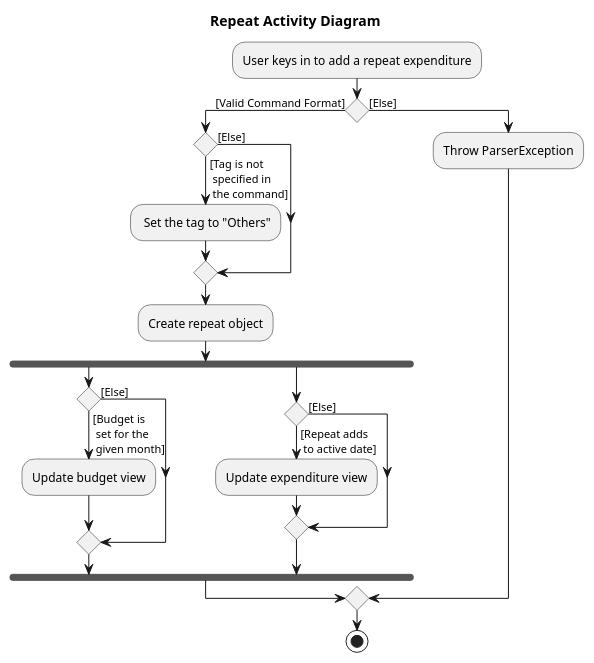
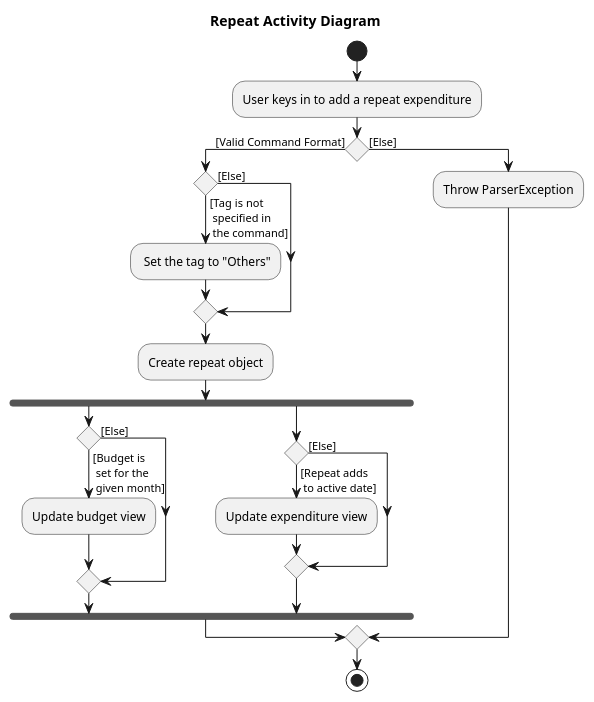
Before and after one commit to zwasd/main: the diagram in docs/diagrams/repeatActivityDiagram.puml, drawn with PlantUML. The commit also changed 7 other files, not shown here.

Commit message:
Change all diagram to uml

```diff
--- a/docs/diagrams/repeatActivityDiagram.puml
+++ b/docs/diagrams/repeatActivityDiagram.puml
@@ -1,26 +1,26 @@
 @startuml
 title Repeat Activity Diagram
-
+start
 :User keys in to add a repeat expenditure;
 if () then ([Valid Command Format])
     if () then ([Tag is not\n specified in\n the command]\n)
         : Set the tag to "Others";
     else ([Else])
     endif
     :Create repeat object;
         fork
         if () then ([Budget is\n set for the\n given month]\n)
             :Update budget view;
         else ([Else])
         endif
         fork again
         if () then ([Repeat adds\n to active date])
             :Update expenditure view;
         else ([Else])
         endif
         end fork
 else ([Else])
     :Throw ParserException;
 endif
 stop
 @enduml
```
